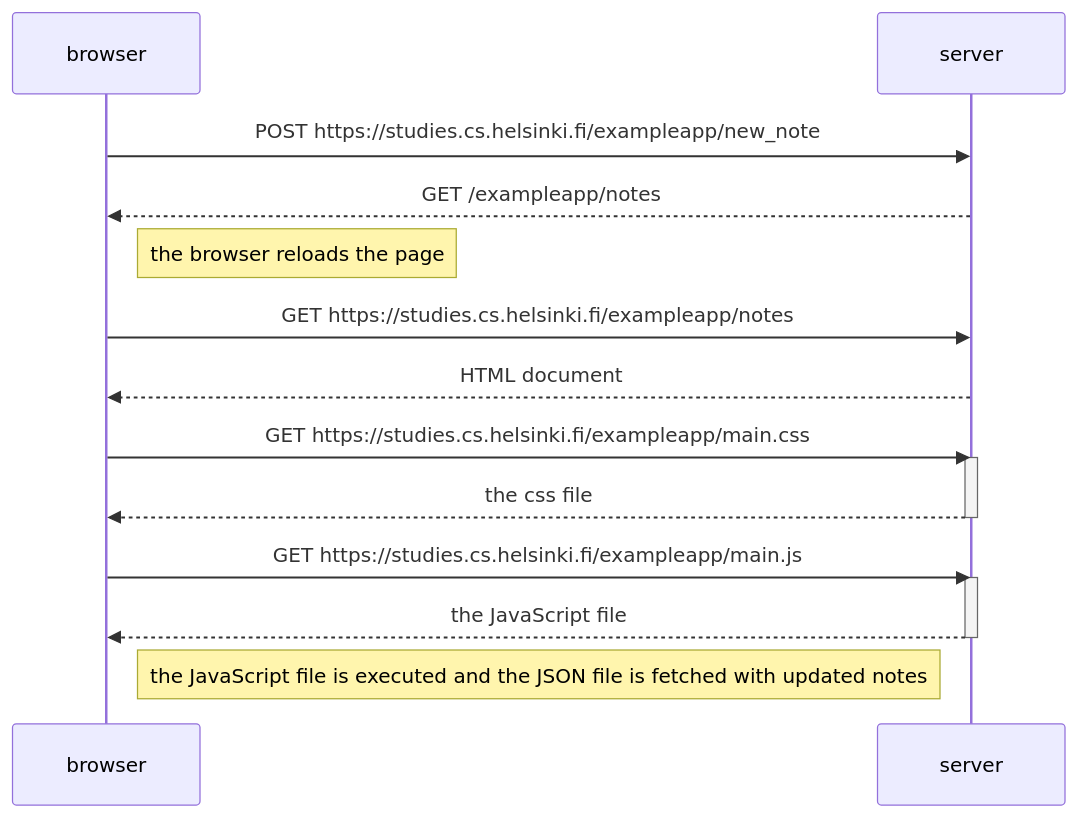
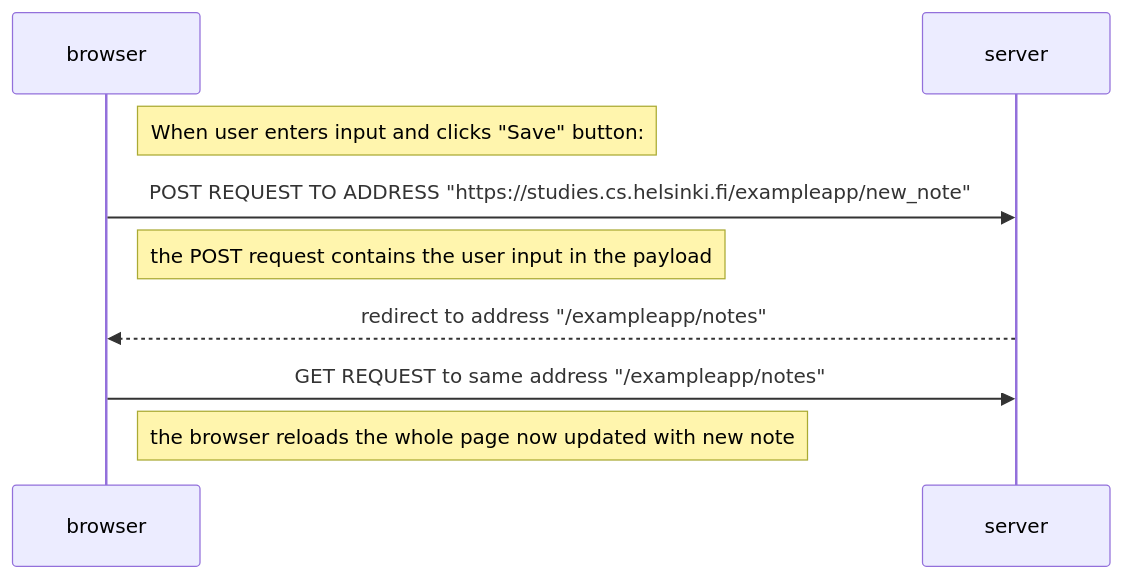
Before and after one commit to LauraA-03/Fullstack-Open-exercises: the diagram in part0/ex04.mmd, drawn with Mermaid.

```diff
--- a/part0/ex04.mmd
+++ b/part0/ex04.mmd
@@ -1,22 +1,10 @@
 sequenceDiagram
     participant browser
     participant server
- 
-   browser->> server : POST https://studies.cs.helsinki.fi/exampleapp/new_note
-   server -->> browser: GET /exampleapp/notes
-   Note right of browser: the browser reloads the page
 
-   browser->>server: GET https://studies.cs.helsinki.fi/exampleapp/notes
-    server-->>browser: HTML document
-
-    browser->>server: GET https://studies.cs.helsinki.fi/exampleapp/main.css
-    activate server
-    server-->>browser: the css file
-    deactivate server
-
-    browser->>server: GET https://studies.cs.helsinki.fi/exampleapp/main.js
-    activate server
-    server-->>browser: the JavaScript file
-    deactivate server
-
-    note left of server: the JavaScript file is executed and the JSON file is fetched with updated notes
+      Note right of browser: When user enters input and clicks "Save" button:
+      browser ->> server : POST REQUEST TO ADDRESS "https://studies.cs.helsinki.fi/exampleapp/new_note"
+      Note right of browser: the POST request contains the user input in the payload
+      server -->> browser : redirect to address "/exampleapp/notes"
+      browser ->> server : GET REQUEST to same address "/exampleapp/notes"
+      Note right of browser: the browser reloads the whole page now updated with new note
```
